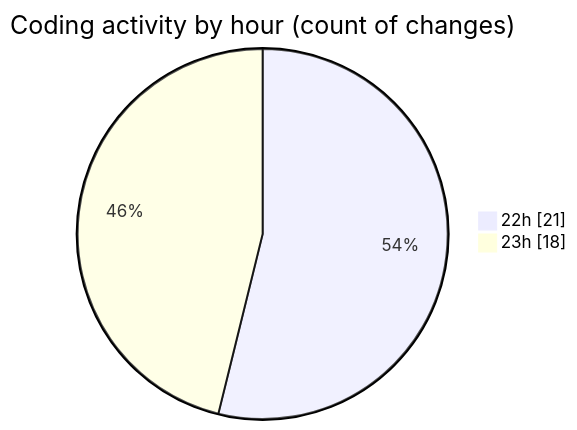
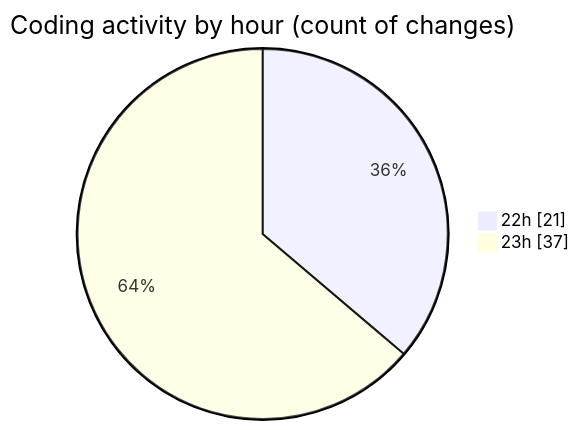
One commit to Ritupan-Deka/code-tracking changed the second of 2 diagrams in 2025-07-22/javascript/README.md. Above: the diagram before and after it, drawn with Mermaid. The commit also changed other lines of this file and 1 other file, not shown here.

````diff
--- a/2025-07-22/javascript/README.md
+++ b/2025-07-22/javascript/README.md
@@ -29,6 +29,6 @@
 ```mermaid
 pie showData
 title Coding activity by hour (count of changes)
 "22h" : 21
-"23h" : 18
+"23h" : 37
 ```
````
